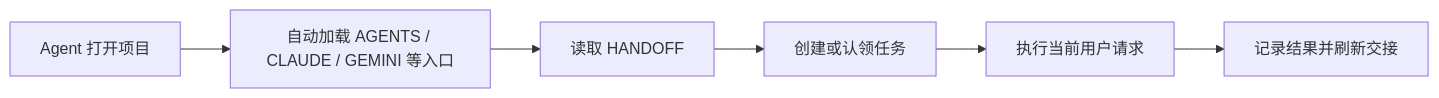
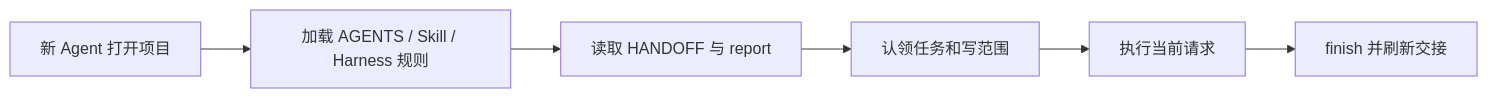
One commit to chopperH0824/agent-relay changed the second of 3 diagrams in README.md. Above: the diagram before and after it, drawn with Mermaid. The commit also changed other lines of this file and 24 other files, not shown here.

````diff
--- a/README.md
+++ b/README.md
@@ -91,8 +112,8 @@
 ```mermaid
 flowchart LR
-    A[Agent 打开项目] --> B[自动加载 AGENTS / CLAUDE / GEMINI 等入口]
-    B --> C[读取 HANDOFF]
-    C --> D[创建或认领任务]
-    D --> E[执行当前用户请求]
-    E --> F[记录结果并刷新交接]
+    A[新 Agent 打开项目] --> B[加载 AGENTS / Skill / Harness 规则]
+    B --> C[读取 HANDOFF 与 report]
+    C --> D[认领任务和写范围]
+    D --> E[执行当前请求]
+    E --> F[finish 并刷新交接]
 ```
````
